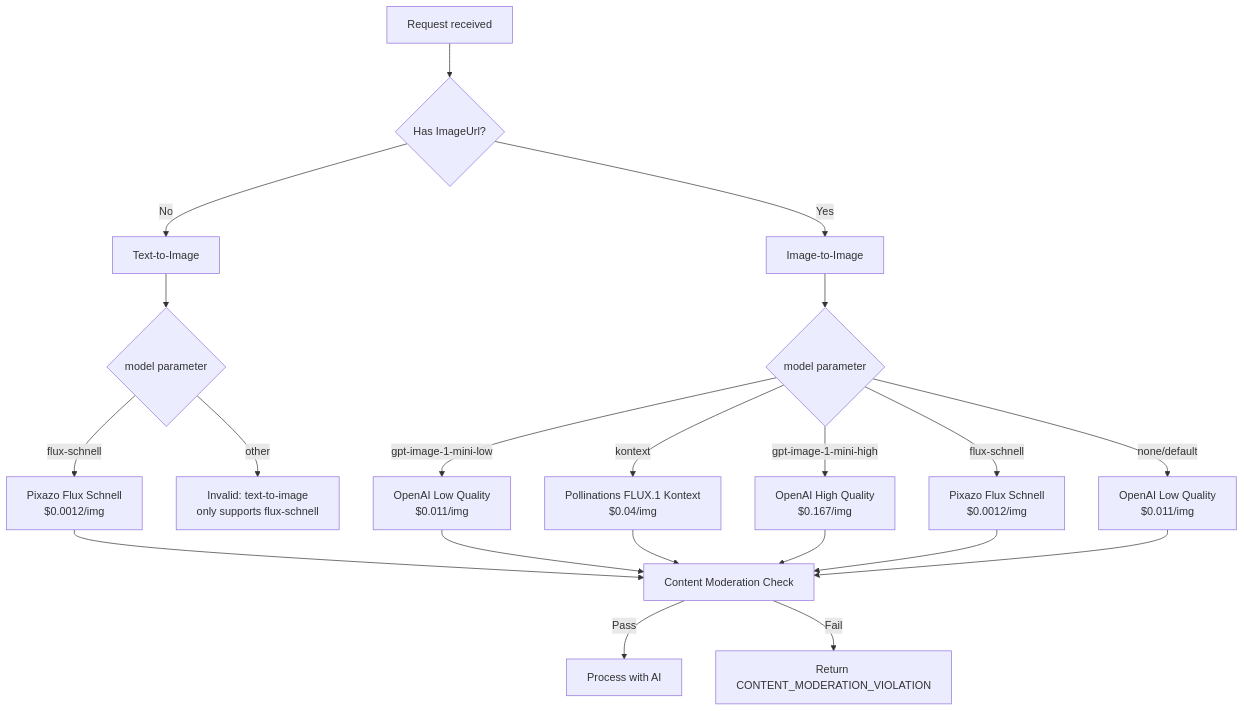
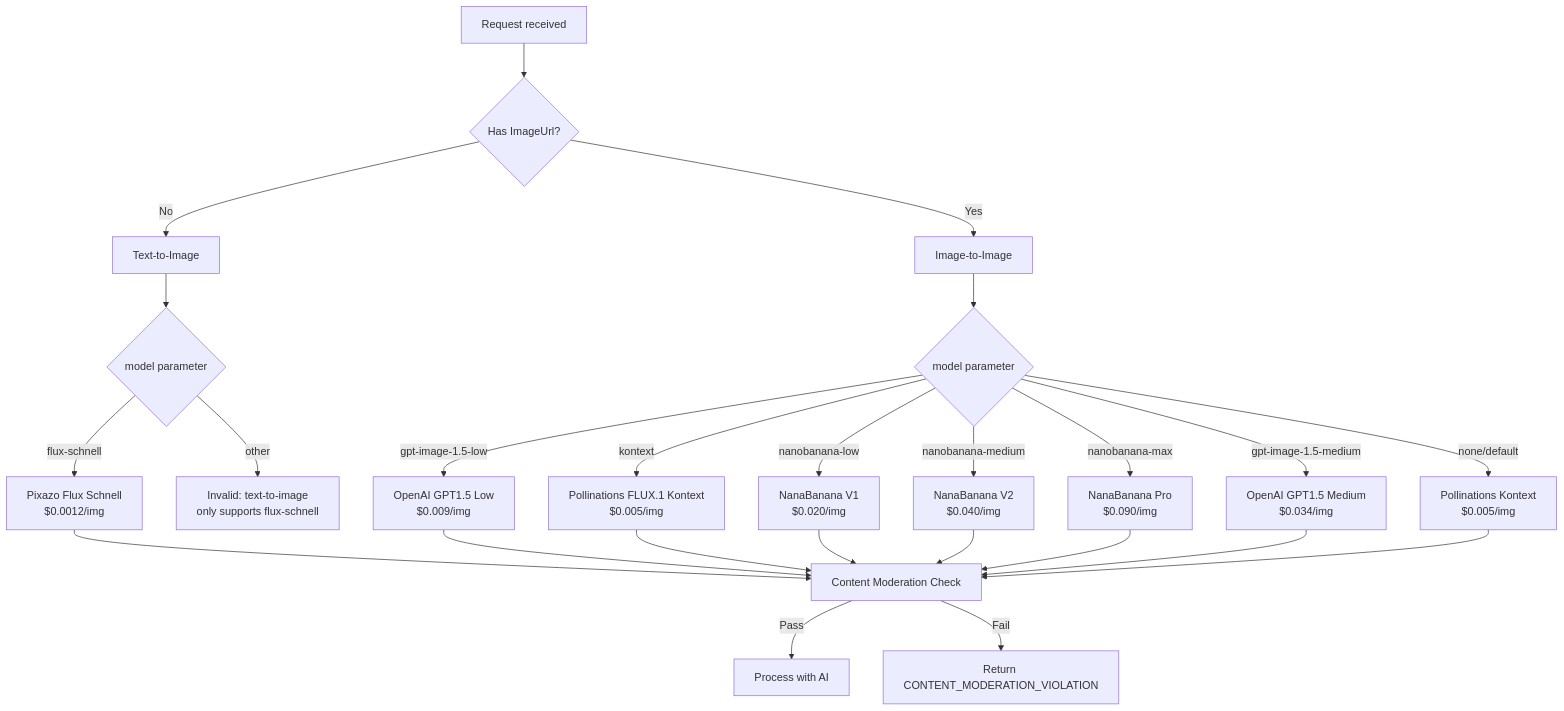
Before and after one commit to Jhon6723/capstone-software-development-5-service: the fourth of 14 diagrams in docs/ia-architecture/ia-architecture.md, drawn with Mermaid. The commit also changed other lines of this file and 1 other file, not shown here.

````diff
--- a/docs/ia-architecture/ia-architecture.md
+++ b/docs/ia-architecture/ia-architecture.md
@@ -404,21 +526,23 @@
 ```mermaid
 flowchart TD
     A[Request received] --> B{Has ImageUrl?}
     B -->|No| C[Text-to-Image]
     B -->|Yes| D[Image-to-Image]
     
     C --> E{model parameter}
     E -->|flux-schnell| F[Pixazo Flux Schnell<br/>$0.0012/img]
     E -->|other| G[Invalid: text-to-image<br/>only supports flux-schnell]
     
     D --> H{model parameter}
-    H -->|gpt-image-1-mini-low| I[OpenAI Low Quality<br/>$0.011/img]
-    H -->|kontext| J[Pollinations FLUX.1 Kontext<br/>$0.04/img]
-    H -->|gpt-image-1-mini-high| K[OpenAI High Quality<br/>$0.167/img]
-    H -->|flux-schnell| L[Pixazo Flux Schnell<br/>$0.0012/img]
-    H -->|none/default| M[OpenAI Low Quality<br/>$0.011/img]
+    H -->|kontext| J[Pollinations FLUX.1 Kontext<br/>$0.005/img]
+    H -->|gpt-image-1.5-low| I[OpenAI GPT1.5 Low<br/>$0.009/img]
+    H -->|nanobanana-low| NB1[NanaBanana V1<br/>$0.020/img]
+    H -->|nanobanana-medium| NB2[NanaBanana V2<br/>$0.040/img]
+    H -->|nanobanana-max| NB3[NanaBanana Pro<br/>$0.090/img]
+    H -->|gpt-image-1.5-medium| K[OpenAI GPT1.5 Medium<br/>$0.034/img]
+    H -->|none/default| M[Pollinations Kontext<br/>$0.005/img]
     
-    F & I & J & K & L & M --> N[Content Moderation Check]
+    F & I & J & NB1 & NB2 & NB3 & K & M --> N[Content Moderation Check]
     N -->|Pass| O[Process with AI]
     N -->|Fail| P[Return CONTENT_MODERATION_VIOLATION]
 ```
````
